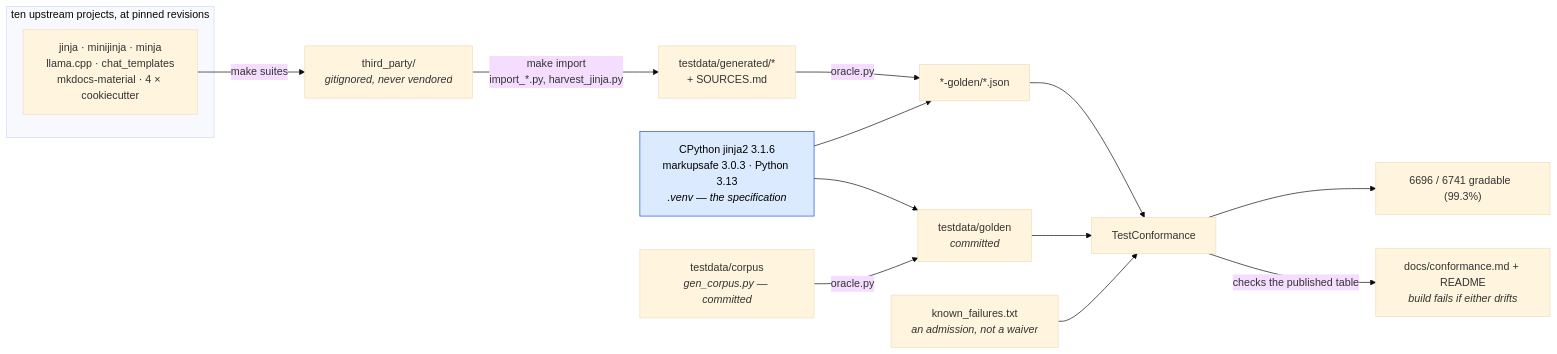
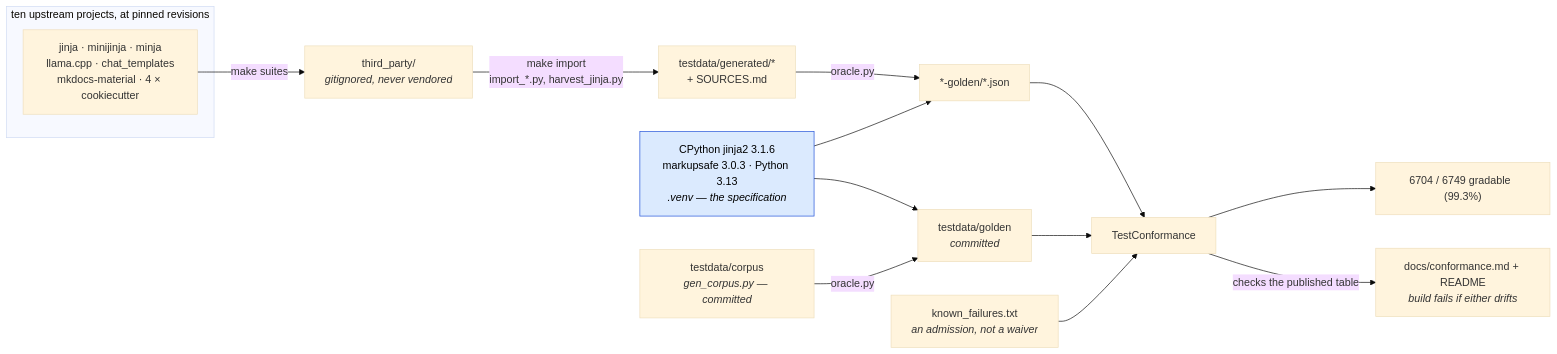
Before and after one commit to mgilbir/gojja2: the first of 2 diagrams in docs/conformance.md, drawn with Mermaid (base theme). The commit also changed other lines of this file and 33 other files, not shown here.

````diff
--- a/docs/conformance.md
+++ b/docs/conformance.md
@@ -17,24 +17,24 @@
 ```mermaid
 flowchart LR
     subgraph up["ten upstream projects, at pinned revisions"]
         U1["jinja · minijinja · minja<br/>llama.cpp · chat_templates<br/>mkdocs-material · 4 × cookiecutter"]
     end
     U1 -->|"make suites"| TP["third_party/<br/><i>gitignored, never vendored</i>"]
     TP -->|"make import<br/>import_*.py, harvest_jinja.py"| GEN["testdata/generated/*<br/>+ SOURCES.md"]
 
     ORA["CPython jinja2 3.1.6<br/>markupsafe 3.0.3 · Python 3.13<br/><i>.venv — the specification</i>"]
     GEN -->|"oracle.py"| G2["*-golden/*.json"]
     ORA --> G2
 
     OWN["testdata/corpus<br/><i>gen_corpus.py — committed</i>"] -->|"oracle.py"| G1["testdata/golden<br/><i>committed</i>"]
     ORA --> G1
 
     G1 --> TC["TestConformance"]
     G2 --> TC
     KF["known_failures.txt<br/><i>an admission, not a waiver</i>"] --> TC
-    TC --> RATE["6696 / 6741 gradable  (99.3%)"]
+    TC --> RATE["6704 / 6749 gradable  (99.3%)"]
     TC -->|"checks the published table"| RM["docs/conformance.md + README<br/><i>build fails if either drifts</i>"]
 
     classDef spec fill:#dbeafe,stroke:#1d4ed8,color:#000
     class ORA spec
 ```
````
